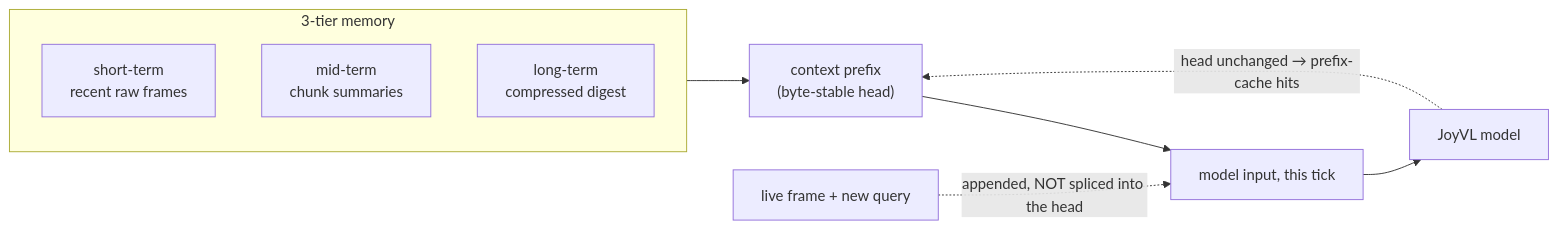
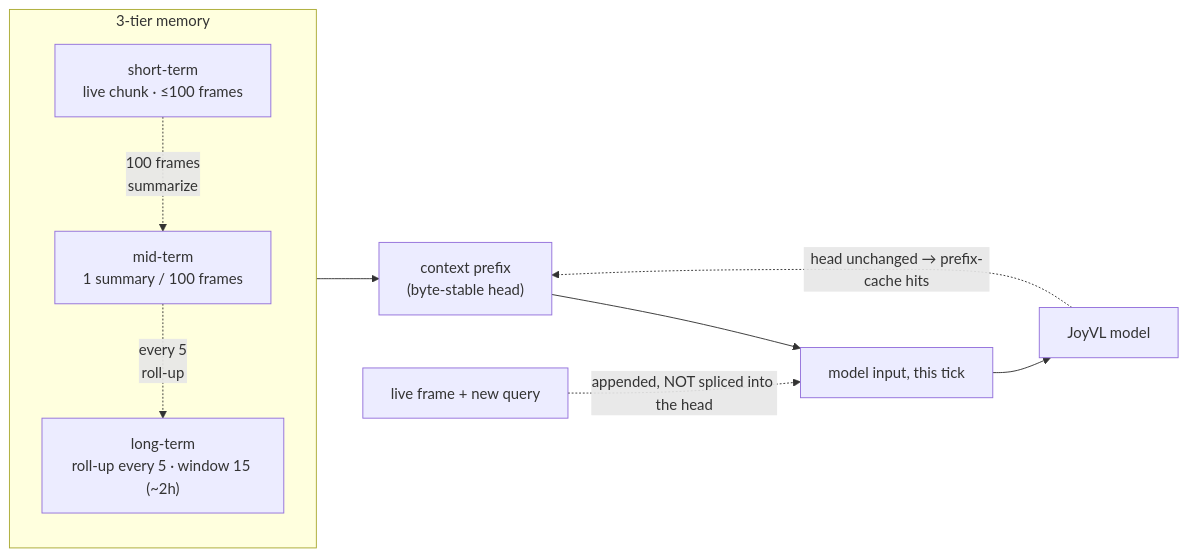
The ninth of 11 diagrams in content/blog/full-duplex-session.md (lishunyang12/lishunyang12.github.io), drawn with Mermaid before and after one commit. The commit also changed other lines of this file, not shown here.

````diff
--- a/content/blog/full-duplex-session.md
+++ b/content/blog/full-duplex-session.md
@@ -389,14 +422,16 @@
 ```mermaid
 flowchart LR
     subgraph mem["3-tier memory"]
         direction TB
-        st["short-term<br/>recent raw frames"]
-        mt["mid-term<br/>chunk summaries"]
-        lt["long-term<br/>compressed digest"]
+        st["short-term<br/>live chunk · ≤100 frames"]
+        mt["mid-term<br/>1 summary / 100 frames"]
+        lt["long-term<br/>roll-up every 5 · window 15 (~2h)"]
+        st -. "100 frames<br/>summarize" .-> mt
+        mt -. "every 5<br/>roll-up" .-> lt
     end
     mem --> pre["context prefix<br/>(byte-stable head)"]
     pre --> inp["model input, this tick"]
     frame["live frame + new query"] -. "appended, NOT spliced into the head" .-> inp
     inp --> model["JoyVL model"]
     model -. "head unchanged → prefix-cache hits" .-> pre
 ```
````
